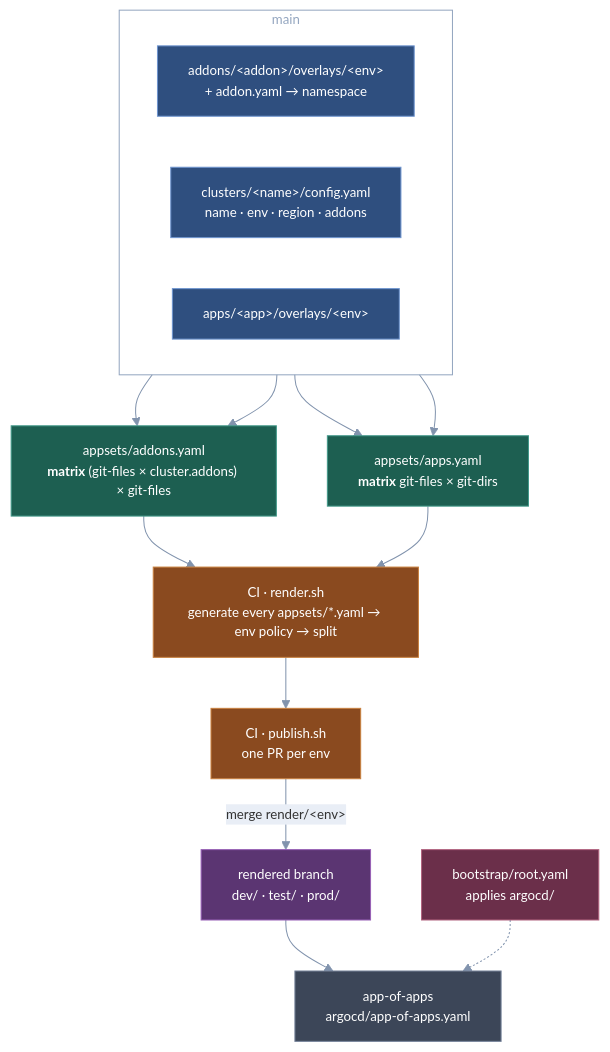
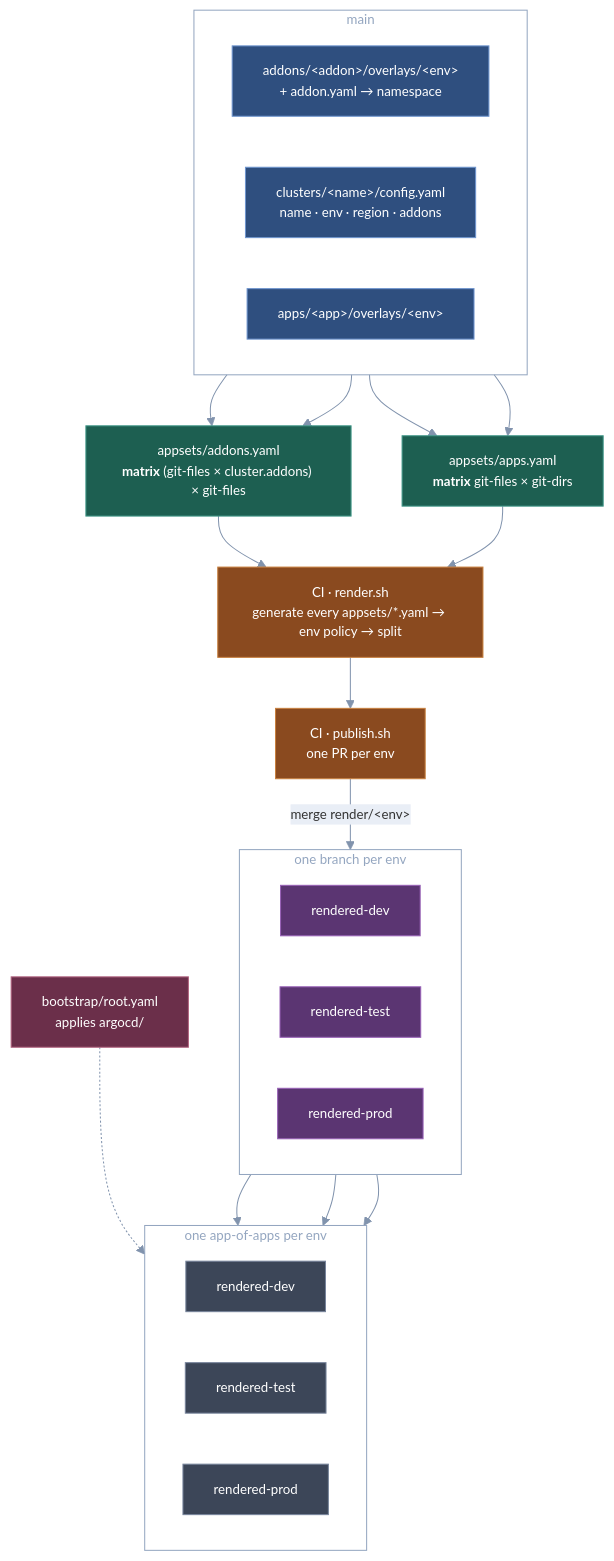
One commit to 34fathombelow/rendered-appset-manifest changed the diagram in README.md. Above: the diagram before and after it, drawn with Mermaid. The commit also changed other lines of this file and 9 other files, not shown here.

Commit message:
render per env

````diff
--- a/README.md
+++ b/README.md
@@ -14,55 +14,67 @@
 ```mermaid
 %%{init: {'theme':'base','themeVariables':{
   'fontFamily':'ui-sans-serif,-apple-system,Segoe UI,Helvetica,sans-serif',
   'fontSize':'13px',
   'lineColor':'#8193ad',
   'clusterBkg':'transparent',
   'clusterBorder':'#94a6c0',
   'textColor':'#94a6c0',
   'titleColor':'#94a6c0',
   'edgeLabelBackground':'#e9eef6'
 }}}%%
 flowchart TD
   subgraph SRC["main"]
     direction LR
     D["addons/&lt;addon&gt;/overlays/&lt;env&gt;<br/>+ addon.yaml → namespace"]
     C["clusters/&lt;name&gt;/config.yaml<br/>name · env · region · addons"]
     A["apps/&lt;app&gt;/overlays/&lt;env&gt;"]
   end
 
   AS2["appsets/addons.yaml<br/><b>matrix</b> (git-files × cluster.addons) × git-files"]
   AS1["appsets/apps.yaml<br/><b>matrix</b> git-files × git-dirs"]
 
   D --> AS2
   C --> AS2
   C --> AS1
   A --> AS1
 
   RS["CI · render.sh<br/>generate every appsets/*.yaml → env policy → split"]
   AS2 --> RS
   AS1 --> RS
 
   PR["CI · publish.sh<br/>one PR per env"]
   RS --> PR
 
-  R1["rendered branch<br/>dev/ · test/ · prod/"]
-  PR -- "merge render/&lt;env&gt;" --> R1
+  subgraph OUT["one branch per env"]
+    direction LR
+    R1["rendered-dev"]
+    R2["rendered-test"]
+    R3["rendered-prod"]
+  end
+  PR -- "merge render/&lt;env&gt;" --> OUT
 
-  AOA1["app-of-apps<br/>argocd/app-of-apps.yaml"]
+  subgraph LIVE["one app-of-apps per env"]
+    direction LR
+    AOA1["rendered-dev"]
+    AOA2["rendered-test"]
+    AOA3["rendered-prod"]
+  end
   R1 --> AOA1
-  BOOT["bootstrap/root.yaml<br/>applies argocd/"] -.-> AOA1
+  R2 --> AOA2
+  R3 --> AOA3
+  BOOT["bootstrap/root.yaml<br/>applies argocd/"] -.-> LIVE
 
   classDef src    fill:#2f4f7f,stroke:#6f95cf,color:#ffffff,stroke-width:1px
   classDef appset fill:#1d5f51,stroke:#43998a,color:#ffffff,stroke-width:1px
   classDef ci     fill:#8a4a1f,stroke:#c8803f,color:#ffffff,stroke-width:1px
   classDef branch fill:#5b3572,stroke:#9760b6,color:#ffffff,stroke-width:1px
   classDef run    fill:#3c4658,stroke:#77849b,color:#ffffff,stroke-width:1px
   classDef ext    fill:#6b2f4a,stroke:#b1637f,color:#ffffff,stroke-width:1px
 
   class C,A,D src
   class AS1,AS2 appset
   class RS,PR ci
-  class R1 branch
-  class AOA1 run
+  class R1,R2,R3 branch
+  class AOA1,AOA2,AOA3 run
   class BOOT ext
 ```
````
